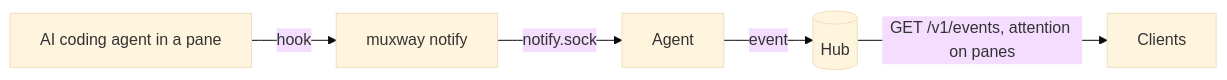
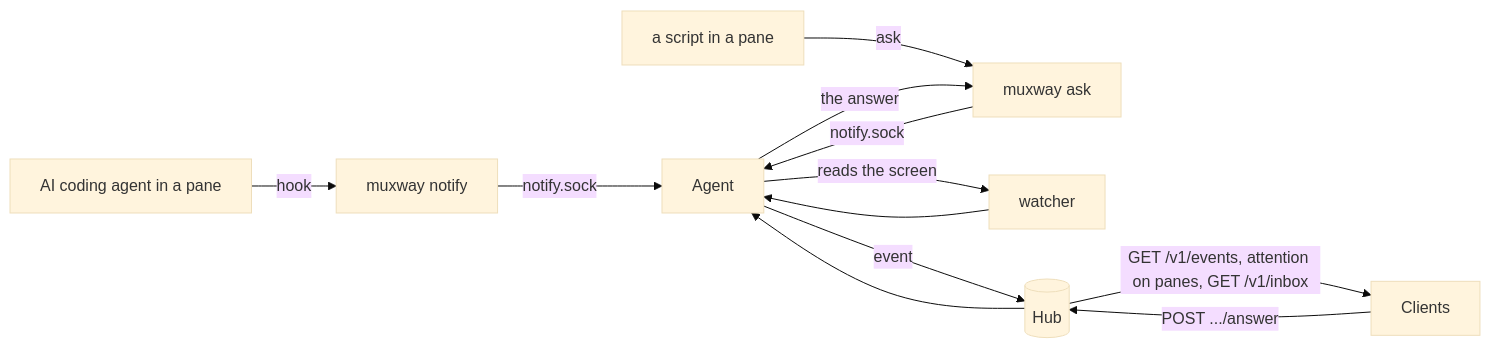
Before and after one commit to notmarkopadjen/muxway: the first of 5 diagrams in docs/features/notifications.md, drawn with Mermaid (base theme). The commit also changed other lines of this file and 12 other files, not shown here.

Commit message:
Docs: hooks for every harness, the watcher and questions with answers in notifications, the inbox and driving muxway as feature pages, the protocol's /inbox and /answer, the UI guideline's rows, the flows

````diff
--- a/docs/features/notifications.md
+++ b/docs/features/notifications.md
@@ -18,7 +19,14 @@
 ```mermaid
 flowchart LR
     CC[AI coding agent in a pane] -- hook --> N[muxway notify]
+    S[a script in a pane] -- ask --> Q[muxway ask]
     N -- notify.sock --> A[Agent]
+    Q -- notify.sock --> A
+    A -- reads the screen --> W[watcher]
+    W --> A
     A -- event --> H[(Hub)]
-    H -- GET /v1/events, attention on panes --> C[Clients]
+    H -- GET /v1/events, attention on panes, GET /v1/inbox --> C[Clients]
+    C -- POST .../answer --> H
+    H --> A
+    A -- the answer --> Q
 ```
````
